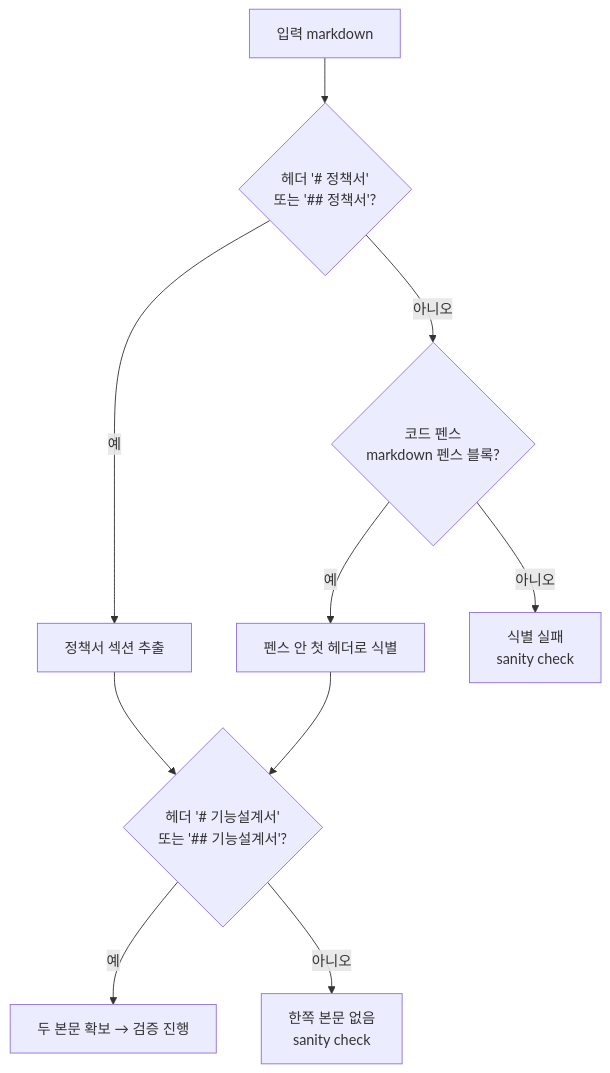
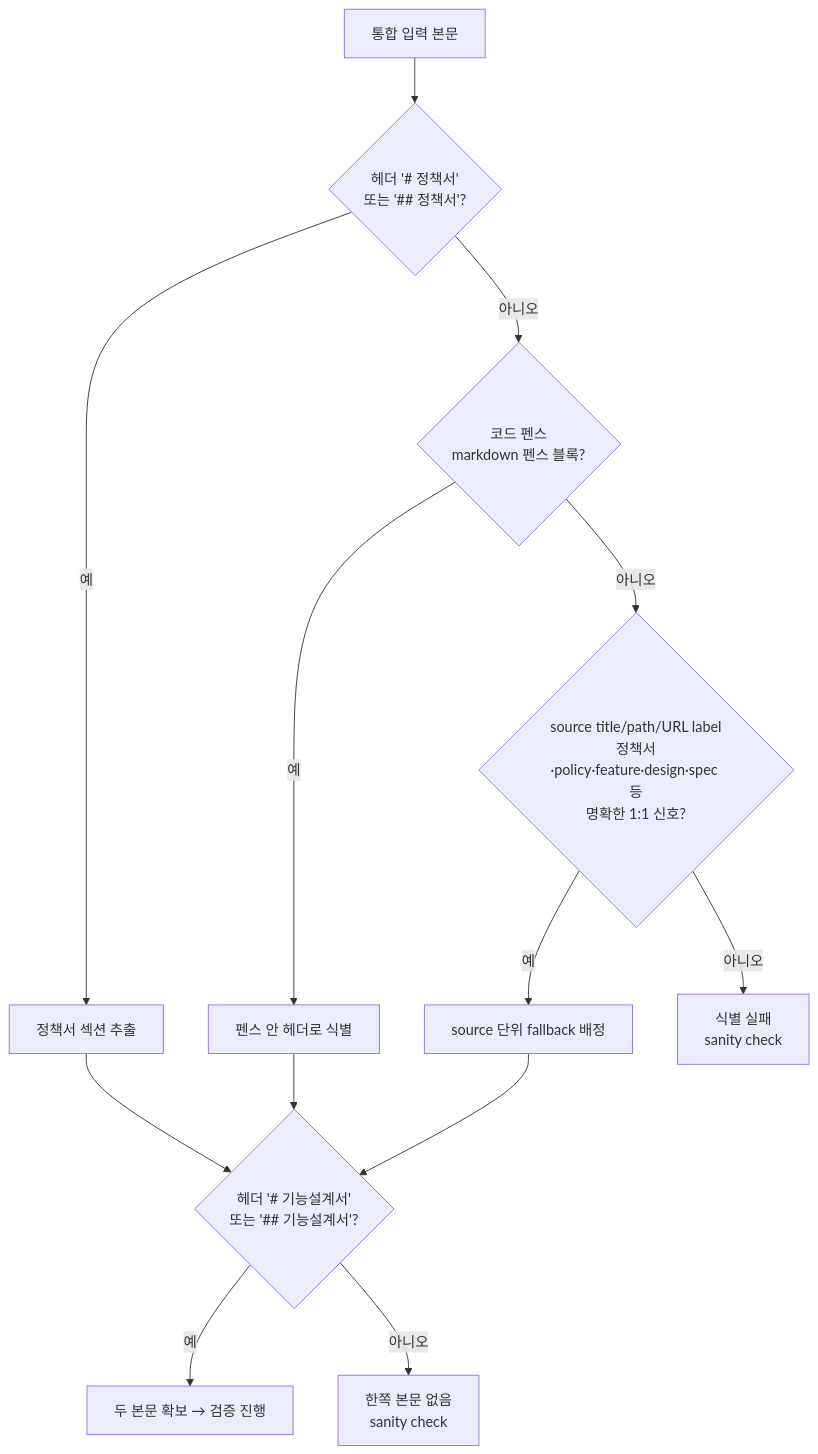
The third of 8 diagrams in planning-kit/docs/planning-review-workflow.md (inkwonjung-colosseum/plugins), drawn with Mermaid before and after one commit. The commit also changed other lines of this file and 15 other files, not shown here.

````diff
--- a/planning-kit/docs/planning-review-workflow.md
+++ b/planning-kit/docs/planning-review-workflow.md
@@ -74,13 +89,16 @@
 ```mermaid
 flowchart TD
-  IN[입력 markdown] --> P1{"헤더 '# 정책서'<br/>또는 '## 정책서'?"}
+  IN[통합 입력 본문] --> P1{"헤더 '# 정책서'<br/>또는 '## 정책서'?"}
   P1 -->|예| Q1[정책서 섹션 추출]
   P1 -->|아니오| P2{"코드 펜스<br/>markdown 펜스 블록?"}
-  P2 -->|예| Q2[펜스 안 첫 헤더로 식별]
-  P2 -->|아니오| FAIL[식별 실패<br/>sanity check]
+  P2 -->|예| Q2[펜스 안 헤더로 식별]
+  P2 -->|아니오| P4{"source title/path/URL label<br/>정책서·policy·feature·design·spec 등<br/>명확한 1:1 신호?"}
+  P4 -->|예| Q4[source 단위 fallback 배정]
+  P4 -->|아니오| FAIL[식별 실패<br/>sanity check]
 
   Q1 --> P3{"헤더 '# 기능설계서'<br/>또는 '## 기능설계서'?"}
   Q2 --> P3
+  Q4 --> P3
   P3 -->|예| OK[두 본문 확보 → 검증 진행]
   P3 -->|아니오| EMPTY[한쪽 본문 없음<br/>sanity check]
 ```
````
